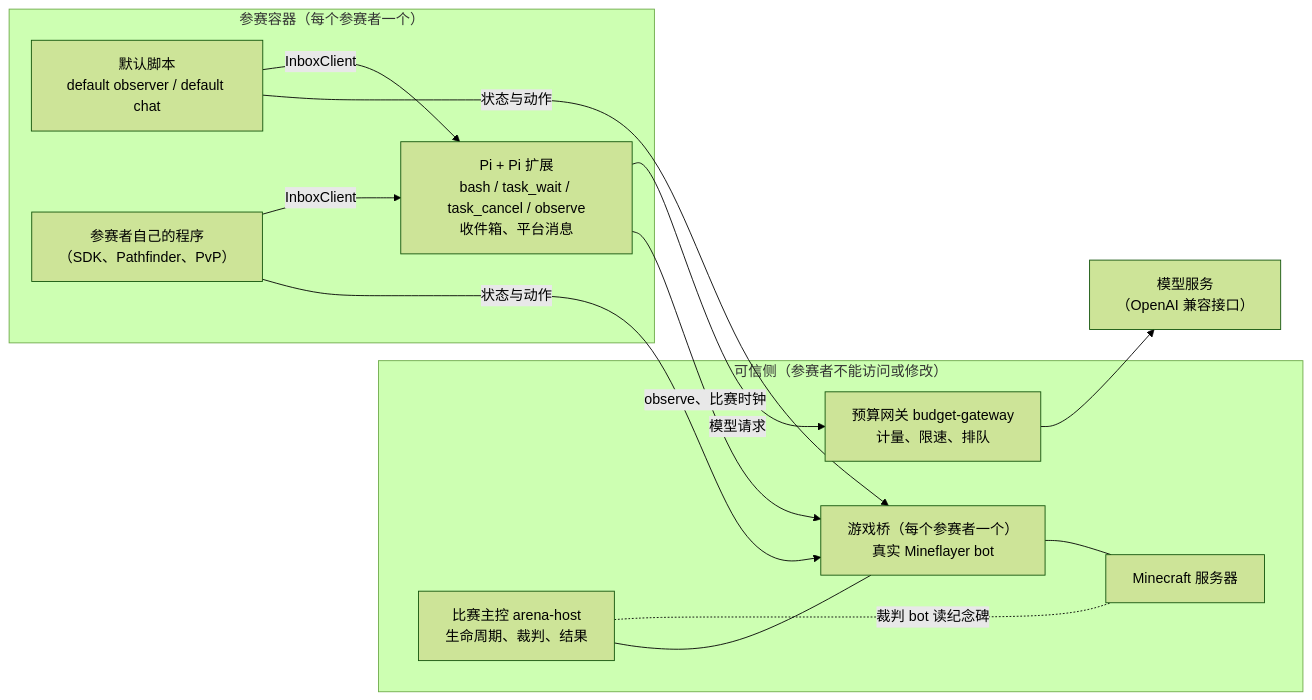
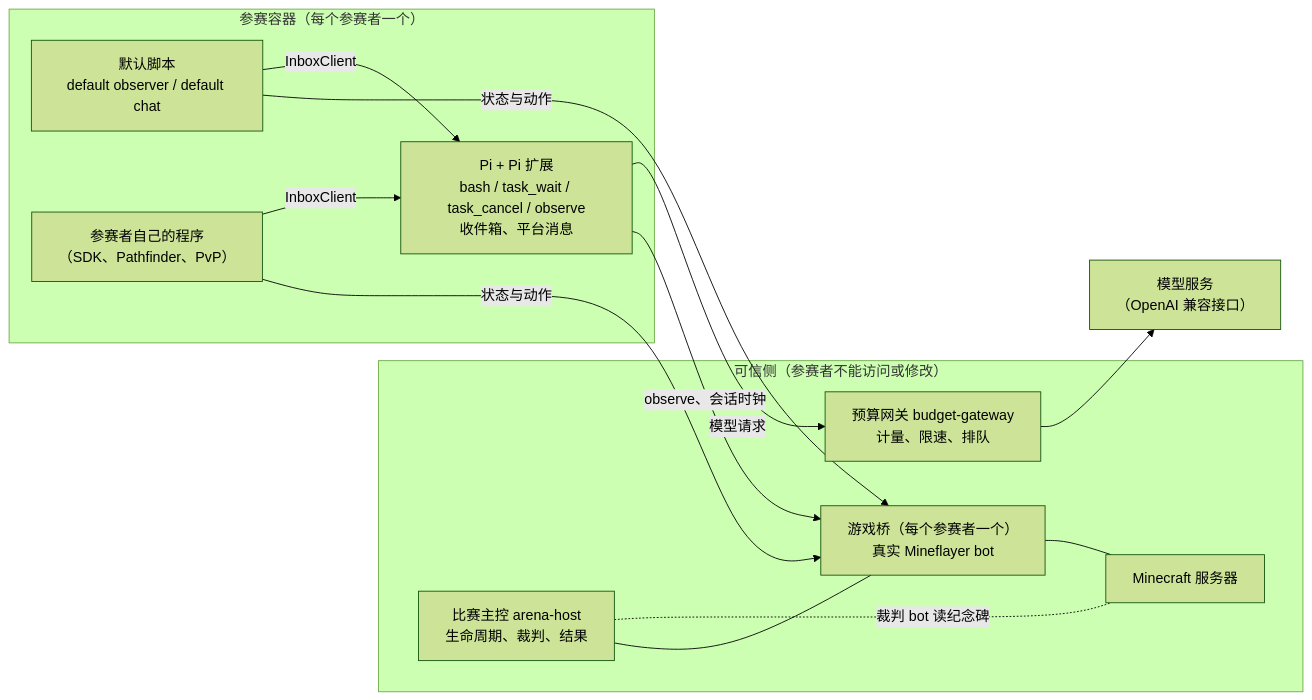
Before and after one commit to ueagohbbcd/craft-arena: the diagram in README.md, drawn with Mermaid (forest theme). The commit also changed other lines of this file and 71 other files, not shown here.

````diff
--- a/README.md
+++ b/README.md
@@ -7,25 +7,25 @@
 ```mermaid
 flowchart LR
   subgraph trusted["可信侧（参赛者不能访问或修改）"]
     host["比赛主控 arena-host<br/>生命周期、裁判、结果"]
     bridge["游戏桥（每个参赛者一个）<br/>真实 Mineflayer bot"]
     gateway["预算网关 budget-gateway<br/>计量、限速、排队"]
     mc["Minecraft 服务器"]
     host --- bridge
     bridge --- mc
     host -. "裁判 bot 读纪念碑" .- mc
   end
   subgraph box["参赛容器（每个参赛者一个）"]
     pi["Pi + Pi 扩展<br/>bash / task_wait / task_cancel / observe<br/>收件箱、平台消息"]
     scripts["默认脚本<br/>default observer / default chat"]
     progs["参赛者自己的程序<br/>（SDK、Pathfinder、PvP）"]
   end
   upstream["模型服务<br/>（OpenAI 兼容接口）"]
   scripts -- "状态与动作" --> bridge
   progs -- "状态与动作" --> bridge
-  pi -- "observe、比赛时钟" --> bridge
+  pi -- "observe、会话时钟" --> bridge
   pi -- "模型请求" --> gateway
   gateway --> upstream
   scripts -- "InboxClient" --> pi
   progs -- "InboxClient" --> pi
 ```
````
